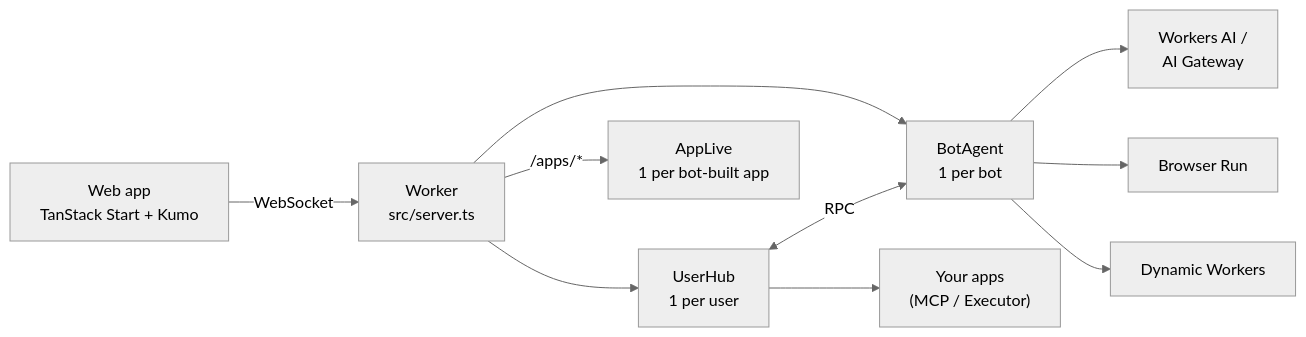
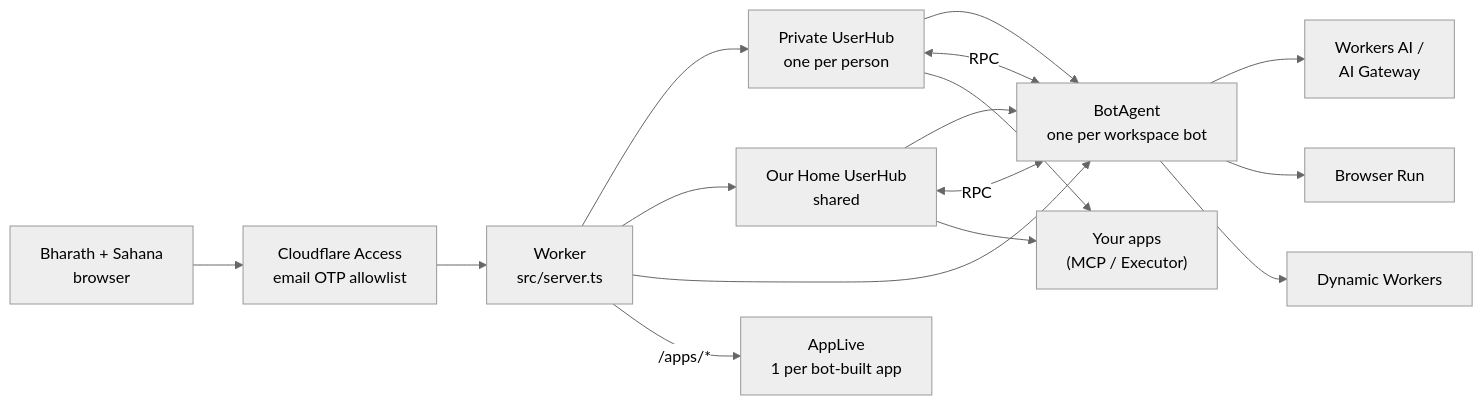
The first of 3 diagrams in README.md (bharath31/coworkers), drawn with Mermaid (neutral theme) before and after one commit. The commit also changed other lines of this file and 1 other file, not shown here.

Commit message:
Document Alfred workspace security and milestones

````diff
--- a/README.md
+++ b/README.md
@@ -22,19 +22,26 @@
 ```mermaid
 flowchart LR
-  UI["Web app<br/>TanStack Start + Kumo"]
+  UI["Bharath + Sahana<br/>browser"]
+  Access["Cloudflare Access<br/>email OTP allowlist"]
   W["Worker<br/>src/server.ts"]
-  Hub["UserHub<br/>1 per user"]
-  Bot["BotAgent<br/>1 per bot"]
+  Private["Private UserHub<br/>one per person"]
+  Home["Our Home UserHub<br/>shared"]
+  Bot["BotAgent<br/>one per workspace bot"]
   Live["AppLive<br/>1 per bot-built app"]
 
-  UI -- "WebSocket" --> W
-  W --> Hub
+  UI --> Access --> W
+  W --> Private
+  W --> Home
+  Private --> Bot
+  Home --> Bot
   W --> Bot
   W -- "/apps/*" --> Live
-  Hub <-- "RPC" --> Bot
+  Private <-- "RPC" --> Bot
+  Home <-- "RPC" --> Bot
 
   Bot --> AI["Workers AI /<br/>AI Gateway"]
   Bot --> BR["Browser Run"]
   Bot --> DW["Dynamic Workers"]
-  Hub --> MCP["Your apps<br/>(MCP / Executor)"]
+  Private --> MCP["Your apps<br/>(MCP / Executor)"]
+  Home --> MCP
 ```
````
